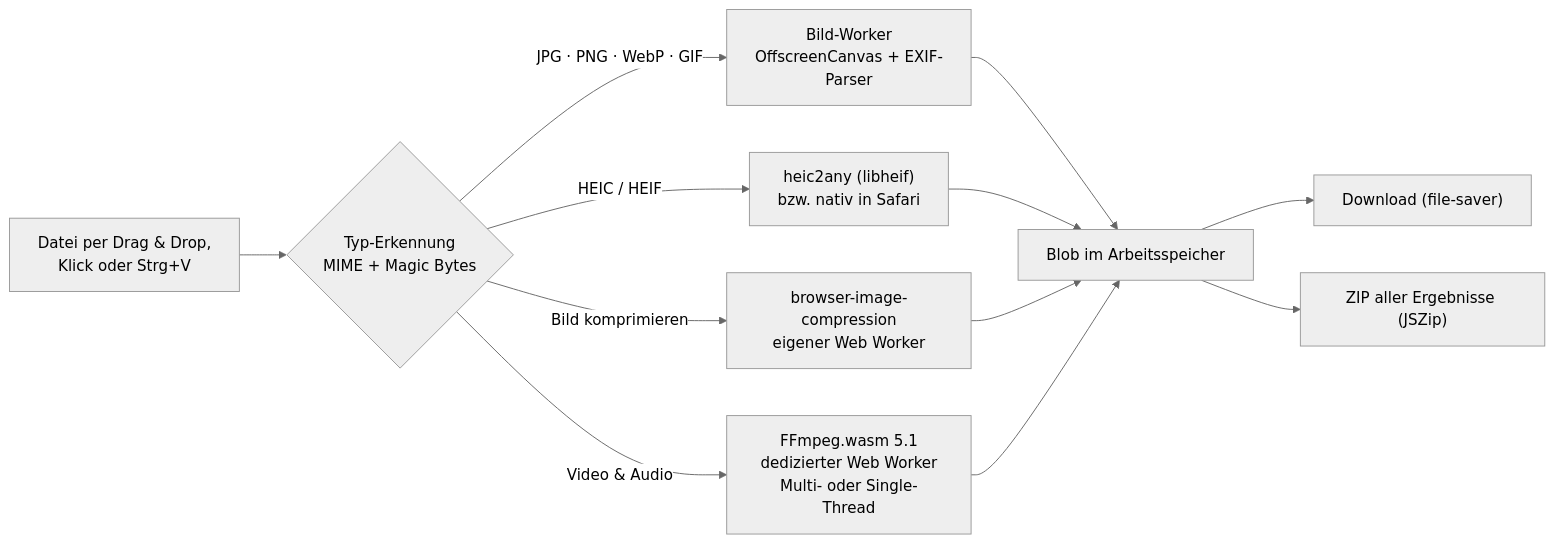
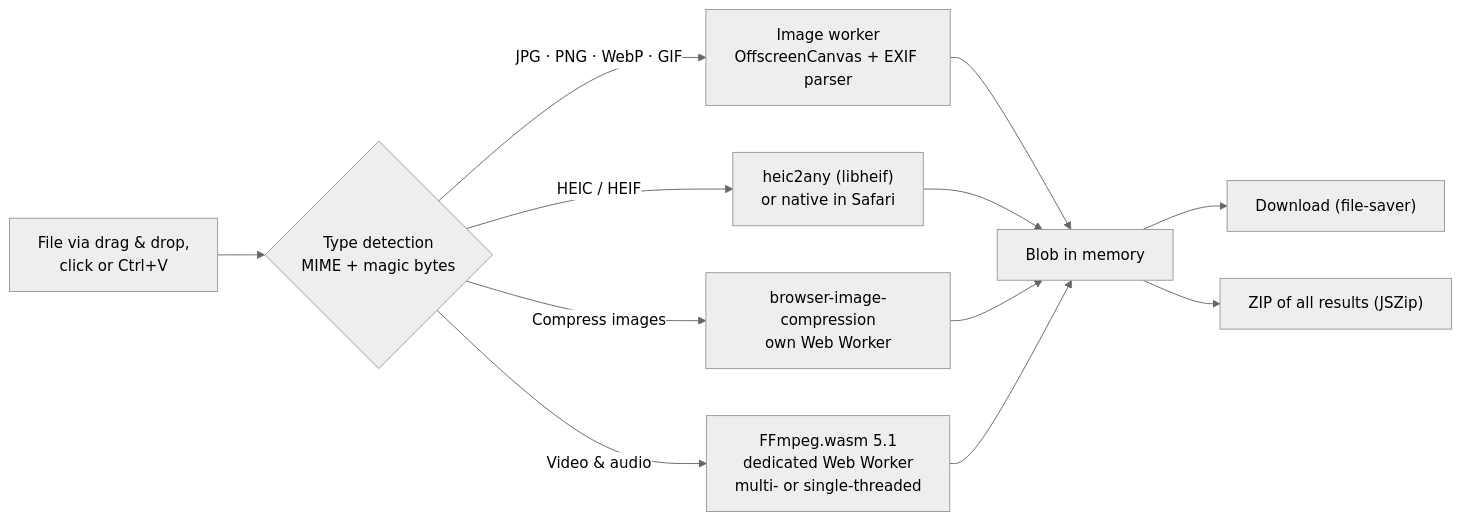
Before and after one commit to Cind3rbyte/SnapMedia: the diagram in README.md, drawn with Mermaid (neutral theme). The commit also changed other lines of this file and 59 other files, not shown here.

````diff
--- a/README.md
+++ b/README.md
@@ -131,14 +144,14 @@
 ```mermaid
 flowchart LR
-    A["Datei per Drag & Drop,<br/>Klick oder Strg+V"] --> B{"Typ-Erkennung<br/>MIME + Magic Bytes"}
-    B -->|"JPG · PNG · WebP · GIF"| C["Bild-Worker<br/>OffscreenCanvas + EXIF-Parser"]
-    B -->|"HEIC / HEIF"| D["heic2any (libheif)<br/>bzw. nativ in Safari"]
-    B -->|"Bild komprimieren"| E["browser-image-compression<br/>eigener Web Worker"]
-    B -->|"Video & Audio"| F["FFmpeg.wasm 5.1<br/>dedizierter Web Worker<br/>Multi- oder Single-Thread"]
-    C --> G["Blob im Arbeitsspeicher"]
+    A["File via drag & drop,<br/>click or Ctrl+V"] --> B{"Type detection<br/>MIME + magic bytes"}
+    B -->|"JPG · PNG · WebP · GIF"| C["Image worker<br/>OffscreenCanvas + EXIF parser"]
+    B -->|"HEIC / HEIF"| D["heic2any (libheif)<br/>or native in Safari"]
+    B -->|"Compress images"| E["browser-image-compression<br/>own Web Worker"]
+    B -->|"Video & audio"| F["FFmpeg.wasm 5.1<br/>dedicated Web Worker<br/>multi- or single-threaded"]
+    C --> G["Blob in memory"]
     D --> G
     E --> G
     F --> G
     G --> H["Download (file-saver)"]
-    G --> I["ZIP aller Ergebnisse (JSZip)"]
+    G --> I["ZIP of all results (JSZip)"]
 ```
````
